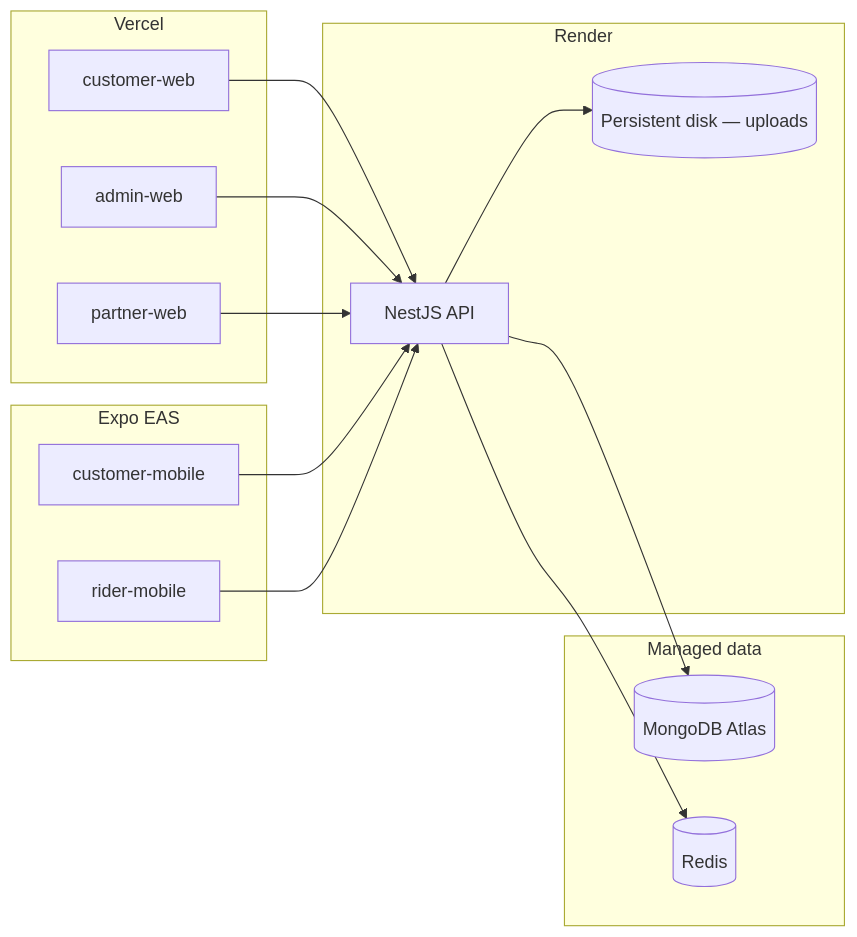
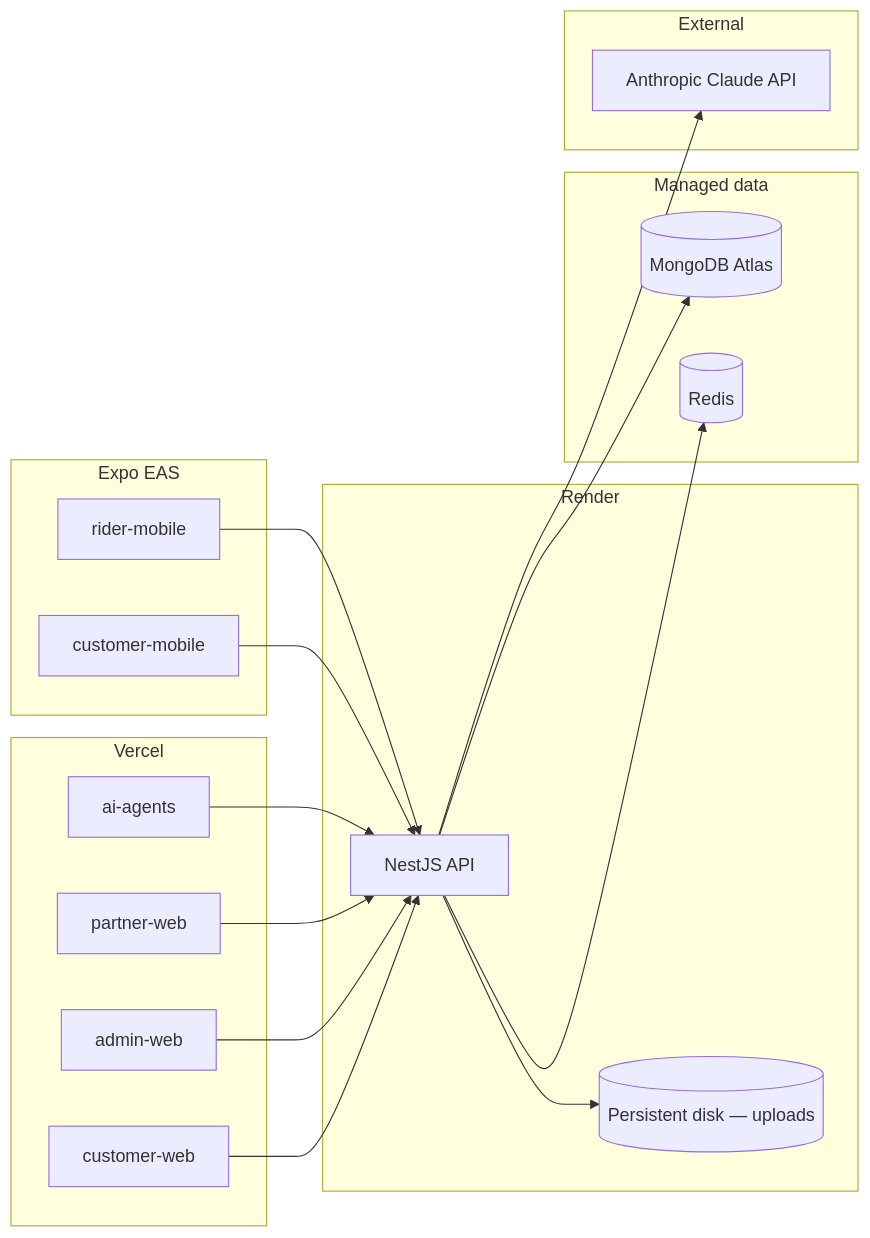
The diagram in docs/DEPLOYMENT.md (randy-rebucas/lunara), drawn with Mermaid before and after one commit. The commit also changed other lines of this file and 1 other file, not shown here.

````diff
--- a/docs/DEPLOYMENT.md
+++ b/docs/DEPLOYMENT.md
@@ -22,32 +22,39 @@
 ```mermaid
 flowchart LR
     subgraph vercel [Vercel]
         CW[customer-web]
         AW[admin-web]
         PW[partner-web]
+        AI[ai-agents]
     end
 
     subgraph render [Render]
         API[NestJS API]
         DISK[(Persistent disk — uploads)]
     end
 
     subgraph data [Managed data]
         MONGO[(MongoDB Atlas)]
         REDIS[(Redis)]
     end
 
     subgraph mobile [Expo EAS]
         CM[customer-mobile]
         RM[rider-mobile]
     end
 
+    subgraph external [External]
+        CLAUDE[Anthropic Claude API]
+    end
+
     CW --> API
     AW --> API
     PW --> API
+    AI --> API
     CM --> API
     RM --> API
     API --> MONGO
     API --> REDIS
     API --> DISK
+    API --> CLAUDE
 ```
````
